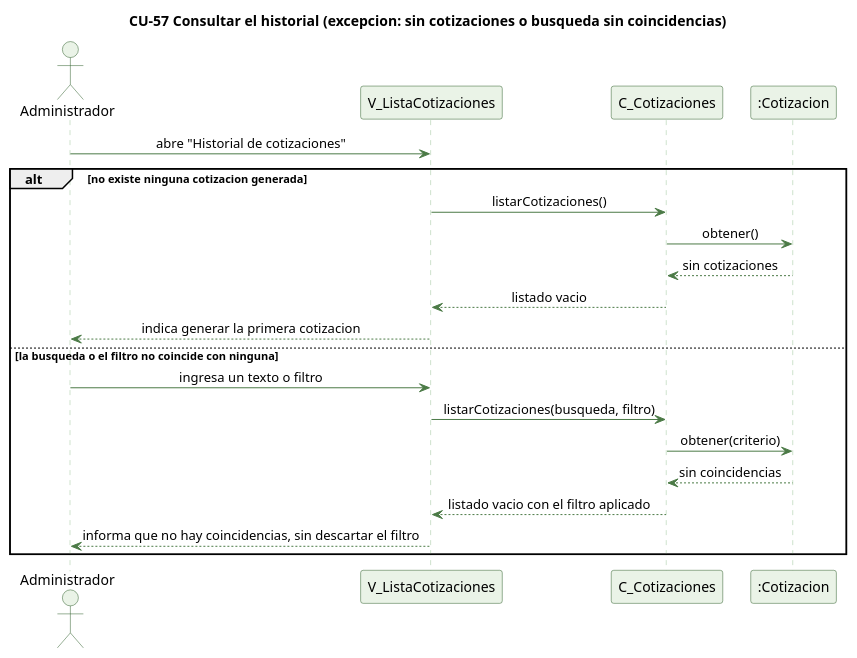
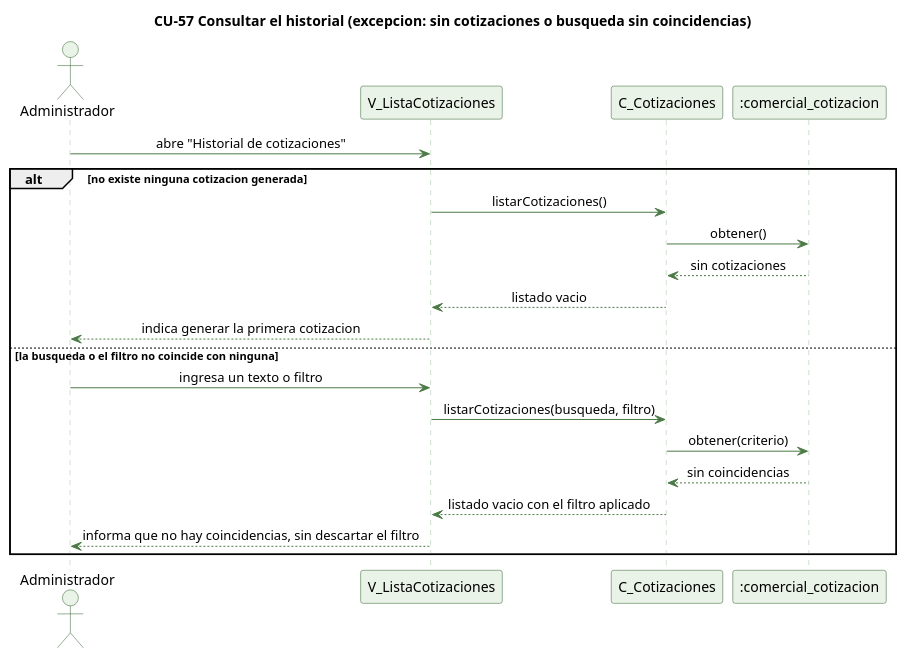
Before and after one commit to kenjikaese/Triverde: the diagram in docs/trabajo-grupal/diagramas/secuencias/cu57-historial-cotizaciones-excepcion.puml, drawn with PlantUML. The commit also changed 83 other files, not shown here.

First line of the commit message:
docs(secuencias): diagramas CU-65 a CU-68 y tablas reales en el Modulo 8

```diff
--- a/docs/trabajo-grupal/diagramas/secuencias/cu57-historial-cotizaciones-excepcion.puml
+++ b/docs/trabajo-grupal/diagramas/secuencias/cu57-historial-cotizaciones-excepcion.puml
@@ -1,37 +1,37 @@
 @startuml cu57-historial-cotizaciones-excepcion
 ' CU-57 Consultando el historial de cotizaciones - flujo de excepcion
 skinparam backgroundColor #FFFFFF
 skinparam shadowing false
 skinparam defaultFontName Helvetica
 skinparam sequenceMessageAlign center
 skinparam ParticipantBackgroundColor #EAF3E7
 skinparam ParticipantBorderColor #2E5E2A
 skinparam ActorBackgroundColor #EAF3E7
 skinparam ActorBorderColor #2E5E2A
 skinparam sequenceLifeLineBorderColor #9CC49A
 skinparam ArrowColor #4B7A46
 
 title CU-57 Consultar el historial (excepcion: sin cotizaciones o busqueda sin coincidencias)
 
 actor Administrador
 participant "V_ListaCotizaciones" as V
 participant "C_Cotizaciones" as C
-participant ":Cotizacion" as COT
+participant ":comercial_cotizacion" as COT
 
 Administrador -> V : abre "Historial de cotizaciones"
 alt no existe ninguna cotizacion generada
   V -> C : listarCotizaciones()
   C -> COT : obtener()
   COT --> C : sin cotizaciones
   C --> V : listado vacio
   V --> Administrador : indica generar la primera cotizacion
 else la busqueda o el filtro no coincide con ninguna
   Administrador -> V : ingresa un texto o filtro
   V -> C : listarCotizaciones(busqueda, filtro)
   C -> COT : obtener(criterio)
   COT --> C : sin coincidencias
   C --> V : listado vacio con el filtro aplicado
   V --> Administrador : informa que no hay coincidencias, sin descartar el filtro
 end
 
 @enduml
```
